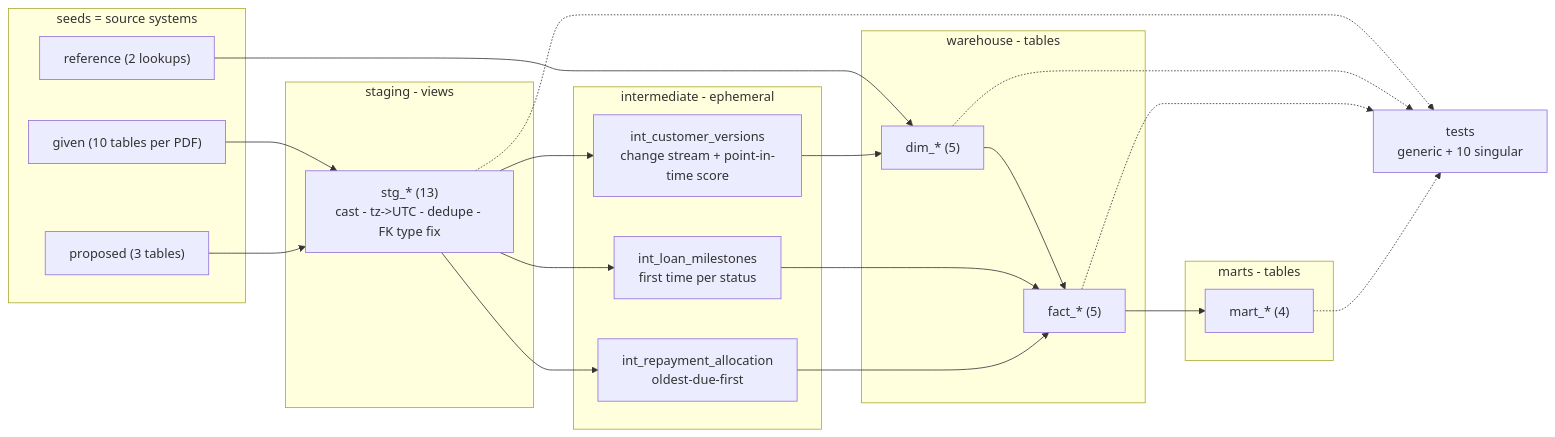
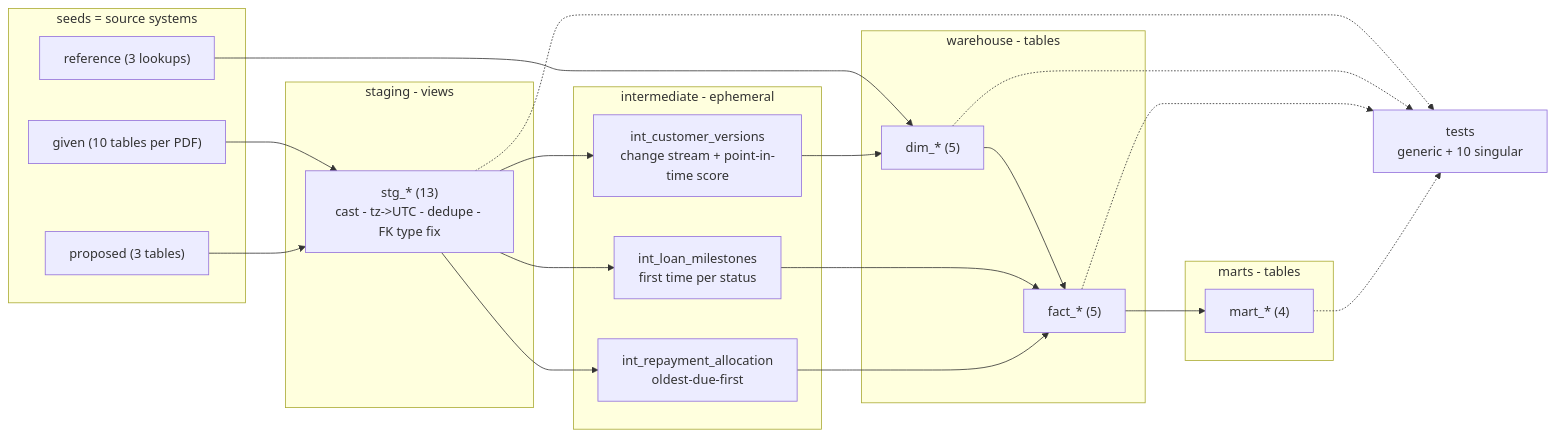
The diagram in docs/diagrams/03_pipeline_lineage.mmd (dailyimah/lending-dwh-dbt), drawn with Mermaid before and after one commit. The commit also changed 2 other files, not shown here.

Commit message:
Fix stale segment list and reference-seed count; state mart layering honestly

```diff
--- a/docs/diagrams/03_pipeline_lineage.mmd
+++ b/docs/diagrams/03_pipeline_lineage.mmd
@@ -1,38 +1,38 @@
 flowchart LR
     %% dbt layering. Seeds stand in for source systems (production: `sources:` on raw datasets).
 
     subgraph RAW[seeds = source systems]
         G["given (10 tables per PDF)"]
         P["proposed (3 tables)"]
-        R["reference (2 lookups)"]
+        R["reference (3 lookups)"]
     end
 
     subgraph STG[staging - views]
         S["stg_* (13)<br/>cast - tz->UTC - dedupe - FK type fix"]
     end
 
     subgraph INT[intermediate - ephemeral]
         I1["int_customer_versions<br/>change stream + point-in-time score"]
         I2["int_loan_milestones<br/>first time per status"]
         I3["int_repayment_allocation<br/>oldest-due-first"]
     end
 
     subgraph WH[warehouse - tables]
         D["dim_* (5)"]
         F["fact_* (5)"]
     end
 
     subgraph MT[marts - tables]
         M["mart_* (4)"]
     end
 
     T["tests<br/>generic + 10 singular"]
 
     G & P --> S
     R --> D
     S --> I1 & I2 & I3
     I1 --> D
     D --> F
     I2 & I3 --> F
     F --> M
     S & D & F & M -.-> T
```
